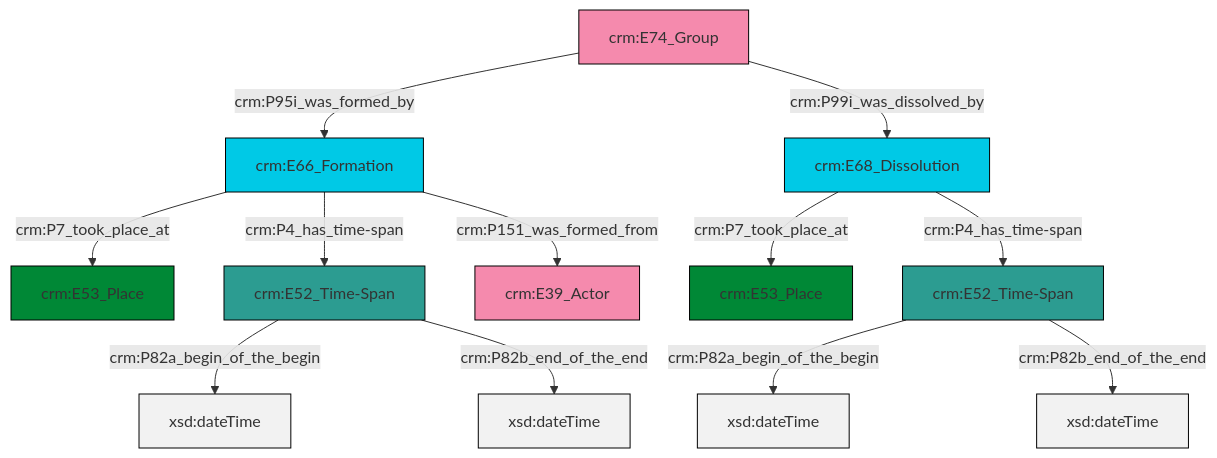
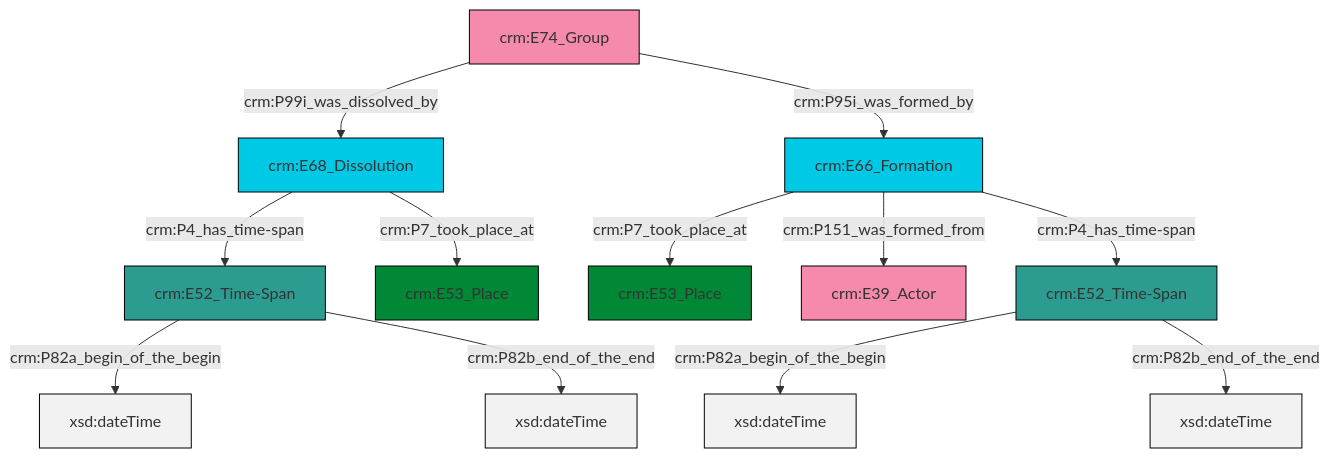
The diagram in et/groupCSV/ttl/mmd/group_existence.ttl.mmd (swiss-art-research-net/reference-data-models), drawn with Mermaid before and after one commit. The commit also changed 128 other files, not shown here.

```diff
--- a/et/groupCSV/ttl/mmd/group_existence.ttl.mmd
+++ b/et/groupCSV/ttl/mmd/group_existence.ttl.mmd
@@ -1,26 +1,26 @@
 graph TD
 classDef Literal fill:#f2f2f2,stroke:#000000;
 classDef CRM_Entity fill:#FFFFFF,stroke:#000000;
 classDef Temporal_Entity fill:#00C9E6, stroke:#000000;
 classDef Type fill:#E18312, stroke:#000000;
 classDef Time-Span fill:#2C9C91, stroke:#000000;
 classDef Appellation fill:#FFEB7F, stroke:#000000;
 classDef Place fill:#008836, stroke:#000000;
 classDef Persistent_Item fill:#B266B2, stroke:#000000;
 classDef Conceptual_Object fill:#FFD700, stroke:#000000;
 classDef Physical_Thing fill:#D2B48C, stroke:#000000;
 classDef Actor fill:#f58aad, stroke:#000000;
 classDef PC_Classes fill:#4ce600, stroke:#000000;
 classDef Multi fill:#cccccc,stroke:#000000;
 
-2["crm:E66_Formation"]:::Temporal_Entity -->|crm:P7_took_place_at| 3["crm:E53_Place"]:::Place
-2["crm:E66_Formation"]:::Temporal_Entity -->|crm:P4_has_time-span| 4["crm:E52_Time-Span"]:::Time-Span
-6["crm:E74_Group"]:::Actor -->|crm:P95i_was_formed_by| 2["crm:E66_Formation"]:::Temporal_Entity
-7["crm:E68_Dissolution"]:::Temporal_Entity -->|crm:P7_took_place_at| 0["crm:E53_Place"]:::Place
-4["crm:E52_Time-Span"]:::Time-Span -->|crm:P82a_begin_of_the_begin| 8[xsd:dateTime]:::Literal
-7["crm:E68_Dissolution"]:::Temporal_Entity -->|crm:P4_has_time-span| 9["crm:E52_Time-Span"]:::Time-Span
-9["crm:E52_Time-Span"]:::Time-Span -->|crm:P82a_begin_of_the_begin| 10[xsd:dateTime]:::Literal
-9["crm:E52_Time-Span"]:::Time-Span -->|crm:P82b_end_of_the_end| 15[xsd:dateTime]:::Literal
-6["crm:E74_Group"]:::Actor -->|crm:P99i_was_dissolved_by| 7["crm:E68_Dissolution"]:::Temporal_Entity
-4["crm:E52_Time-Span"]:::Time-Span -->|crm:P82b_end_of_the_end| 18[xsd:dateTime]:::Literal
-2["crm:E66_Formation"]:::Temporal_Entity -->|crm:P151_was_formed_from| 12["crm:E39_Actor"]:::Actor
+0["crm:E52_Time-Span"]:::Time-Span -->|crm:P82a_begin_of_the_begin| 1[xsd:dateTime]:::Literal
+2["crm:E68_Dissolution"]:::Temporal_Entity -->|crm:P4_has_time-span| 0["crm:E52_Time-Span"]:::Time-Span
+3["crm:E52_Time-Span"]:::Time-Span -->|crm:P82a_begin_of_the_begin| 4[xsd:dateTime]:::Literal
+3["crm:E52_Time-Span"]:::Time-Span -->|crm:P82b_end_of_the_end| 8[xsd:dateTime]:::Literal
+2["crm:E68_Dissolution"]:::Temporal_Entity -->|crm:P7_took_place_at| 9["crm:E53_Place"]:::Place
+10["crm:E66_Formation"]:::Temporal_Entity -->|crm:P7_took_place_at| 6["crm:E53_Place"]:::Place
+12["crm:E74_Group"]:::Actor -->|crm:P99i_was_dissolved_by| 2["crm:E68_Dissolution"]:::Temporal_Entity
+10["crm:E66_Formation"]:::Temporal_Entity -->|crm:P151_was_formed_from| 13["crm:E39_Actor"]:::Actor
+0["crm:E52_Time-Span"]:::Time-Span -->|crm:P82b_end_of_the_end| 14[xsd:dateTime]:::Literal
+12["crm:E74_Group"]:::Actor -->|crm:P95i_was_formed_by| 10["crm:E66_Formation"]:::Temporal_Entity
+10["crm:E66_Formation"]:::Temporal_Entity -->|crm:P4_has_time-span| 3["crm:E52_Time-Span"]:::Time-Span
```
